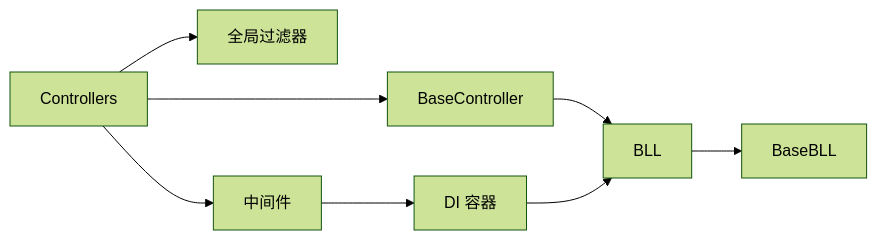
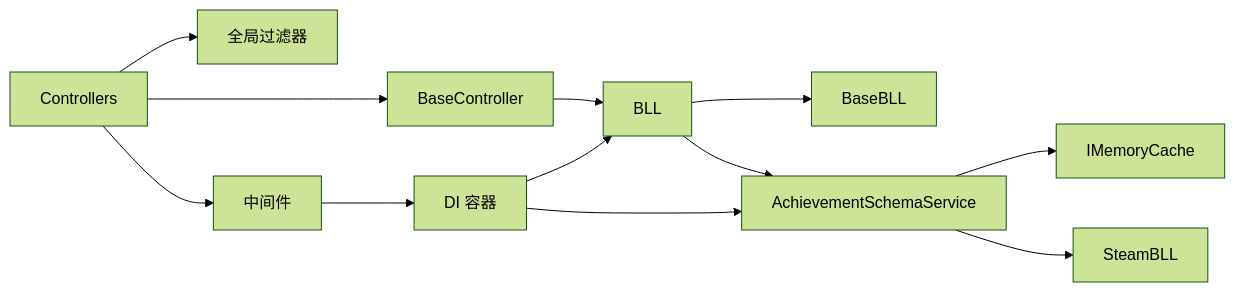
The seventh of 7 diagrams in .qoder/repowiki/zh/content/后端 API 服务/API 架构设计.md (TinyMaD/SpeedRunnersLab), drawn with Mermaid (forest theme) before and after one commit. The commit also changed other lines of this file and 9 other files, not shown here.

````diff
--- a/.qoder/repowiki/zh/content/后端 API 服务/API 架构设计.md
+++ b/.qoder/repowiki/zh/content/后端 API 服务/API 架构设计.md
@@ -411,10 +538,14 @@
 ```mermaid
 graph LR
 Ctrl["Controllers"] --> BaseC["BaseController<TBLL>"]
 BaseC --> BLL["BLL<T>"]
 BLL --> BaseBLL["BaseBLL"]
+BLL --> AchievementCache["AchievementSchemaService"]
+AchievementCache --> MemoryCache["IMemoryCache"]
+AchievementCache --> SteamBLL["SteamBLL"]
 Ctrl --> Filters["全局过滤器"]
 Ctrl --> MW["中间件"]
 MW --> Services["DI 容器"]
 Services --> BLL
+Services --> AchievementCache
 ```
````
